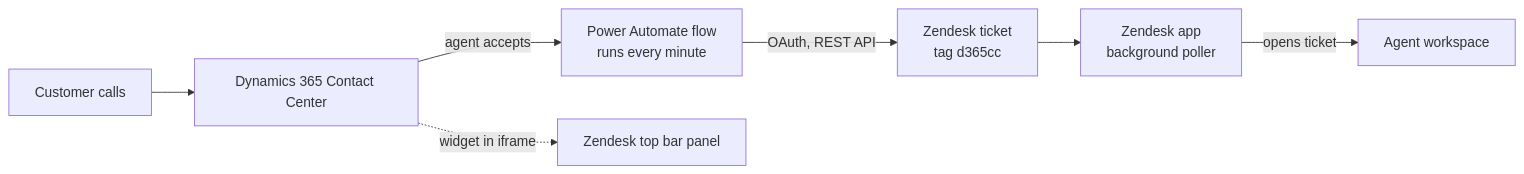
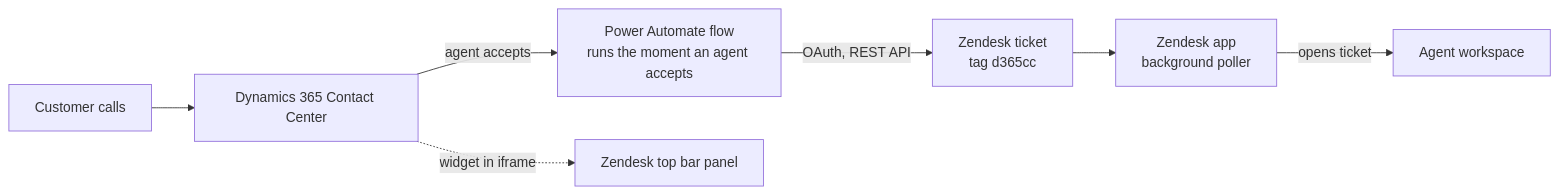
The diagram in README.md (moliveirapinto/d365-contact-center-zendesk-call-journey), drawn with Mermaid before and after one commit. The commit also changed other lines of this file and 12 other files, not shown here.

````diff
--- a/README.md
+++ b/README.md
@@ -56,9 +56,9 @@
 ```mermaid
 flowchart LR
   A[Customer calls] --> B[Dynamics 365 Contact Center]
-  B -->|agent accepts| C[Power Automate flow<br/>runs every minute]
+  B -->|agent accepts| C[Power Automate flow<br/>runs the moment an agent accepts]
   C -->|OAuth, REST API| D[Zendesk ticket<br/>tag d365cc]
   D --> E[Zendesk app<br/>background poller]
   E -->|opens ticket| F[Agent workspace]
   B -. widget in iframe .-> G[Zendesk top bar panel]
 ```
````
